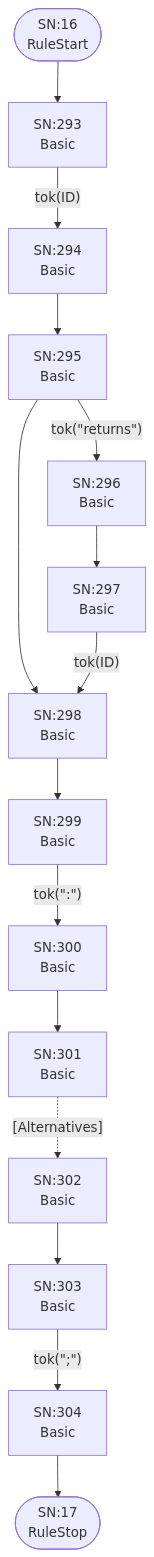
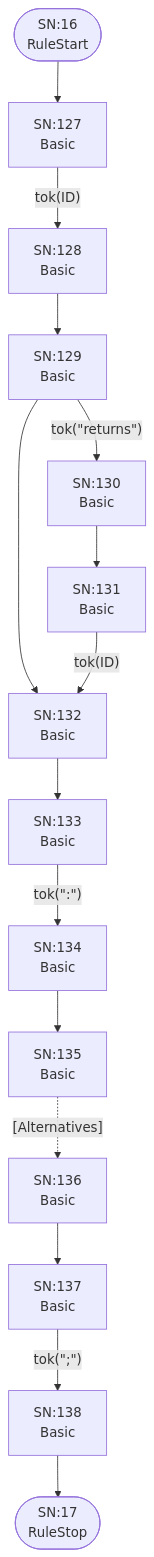
The ninth of 25 diagrams in internal/grammar/atn.md (TypeFox/fastbelt), drawn with Mermaid before and after one commit. The commit also changed other lines of this file and 12 other files, not shown here.

````diff
--- a/internal/grammar/atn.md
+++ b/internal/grammar/atn.md
@@ -251,32 +251,32 @@
 ```mermaid
 flowchart TD
     q16(["SN:16<br/>RuleStart"])
     q17(["SN:17<br/>RuleStop"])
-    q293["SN:293<br/>Basic<br/>"]
-    q294["SN:294<br/>Basic<br/>"]
-    q295["SN:295<br/>Basic<br/>"]
-    q296["SN:296<br/>Basic<br/>"]
-    q297["SN:297<br/>Basic<br/>"]
-    q298["SN:298<br/>Basic<br/>"]
-    q299["SN:299<br/>Basic<br/>"]
-    q300["SN:300<br/>Basic<br/>"]
-    q301["SN:301<br/>Basic<br/>"]
-    q302["SN:302<br/>Basic<br/>"]
-    q303["SN:303<br/>Basic<br/>"]
-    q304["SN:304<br/>Basic<br/>"]
+    q127["SN:127<br/>Basic<br/>"]
+    q128["SN:128<br/>Basic<br/>"]
+    q129["SN:129<br/>Basic<br/>"]
+    q130["SN:130<br/>Basic<br/>"]
+    q131["SN:131<br/>Basic<br/>"]
+    q132["SN:132<br/>Basic<br/>"]
+    q133["SN:133<br/>Basic<br/>"]
+    q134["SN:134<br/>Basic<br/>"]
+    q135["SN:135<br/>Basic<br/>"]
+    q136["SN:136<br/>Basic<br/>"]
+    q137["SN:137<br/>Basic<br/>"]
+    q138["SN:138<br/>Basic<br/>"]
 
-    q16 --> q293
-    q293 -->|"tok(ID)"| q294
-    q294 --> q295
-    q295 -->|"tok(&quot;returns&quot;)"| q296
-    q295 --> q298
-    q296 --> q297
-    q297 -->|"tok(ID)"| q298
-    q298 --> q299
-    q299 -->|"tok(&quot;:&quot;)"| q300
-    q300 --> q301
-    q301 -.->|"[Alternatives]"| q302
-    q302 --> q303
-    q303 -->|"tok(&quot;;&quot;)"| q304
-    q304 --> q17
+    q16 --> q127
+    q127 -->|"tok(ID)"| q128
+    q128 --> q129
+    q129 -->|"tok(&quot;returns&quot;)"| q130
+    q129 --> q132
+    q130 --> q131
+    q131 -->|"tok(ID)"| q132
+    q132 --> q133
+    q133 -->|"tok(&quot;:&quot;)"| q134
+    q134 --> q135
+    q135 -.->|"[Alternatives]"| q136
+    q136 --> q137
+    q137 -->|"tok(&quot;;&quot;)"| q138
+    q138 --> q17
 ```
````
